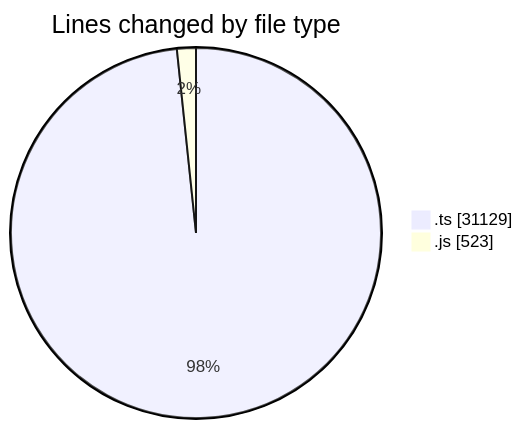
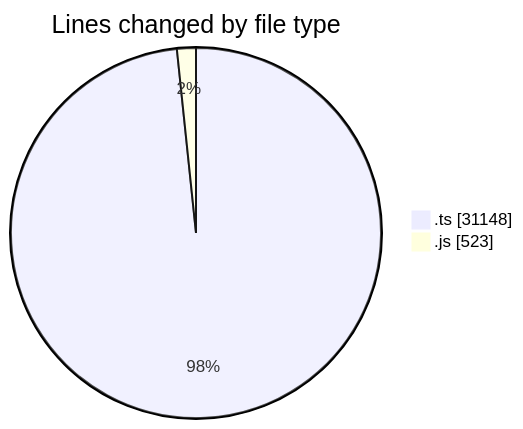
Before and after one commit to momahboobian/code-tracking: the first of 2 diagrams in 2025-07-31/cda/README.md, drawn with Mermaid. The commit also changed other lines of this file and 1 other file, not shown here.

````diff
--- a/2025-07-31/cda/README.md
+++ b/2025-07-31/cda/README.md
@@ -23,6 +23,6 @@
 ```mermaid
 pie showData
 title Lines changed by file type
-".ts" : 31129
+".ts" : 31148
 ".js" : 523
 ```
````
